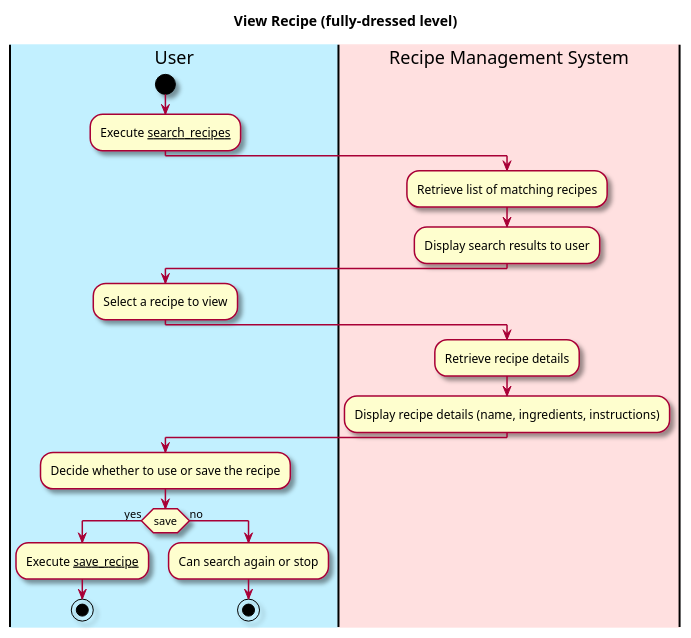
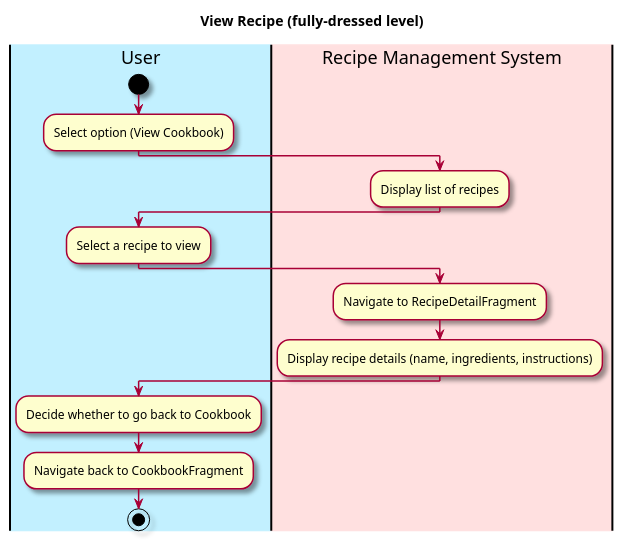
The first of 2 diagrams in intellij/doc/use-cases/view_recipe.md (berthashipper/Pantry-Pal-Android-Application), drawn with PlantUML before and after one commit. The commit also changed other lines of this file and 11 other files, not shown here.

Commit message:
Updated sequence diagrams and workflows to reflect real code

````diff
--- a/intellij/doc/use-cases/view_recipe.md
+++ b/intellij/doc/use-cases/view_recipe.md
@@ -27,34 +27,30 @@
 ```plantuml
 @startuml
 
 skin rose
 
 title View Recipe (fully-dressed level)
 
 'define the lanes
 |#application|User|
 |#implementation|Recipe Management System|
 
 |User|
 start
-:Execute __search_recipes__;
+:Select option (View Cookbook);
 |Recipe Management System|
-:Retrieve list of matching recipes;
-:Display search results to user;
+:Display list of recipes;
 
 |User|
 :Select a recipe to view;
 |Recipe Management System|
-:Retrieve recipe details;
+:Navigate to RecipeDetailFragment;
 :Display recipe details (name, ingredients, instructions);
 
 |User|
-:Decide whether to use or save the recipe;
-if (save) is (yes) then
-:Execute __save_recipe__;
-stop
-else (no)
-:Can search again or stop;
+:Decide whether to go back to Cookbook;
+:Navigate back to CookbookFragment;
 stop
 @enduml
+
 ```
````
